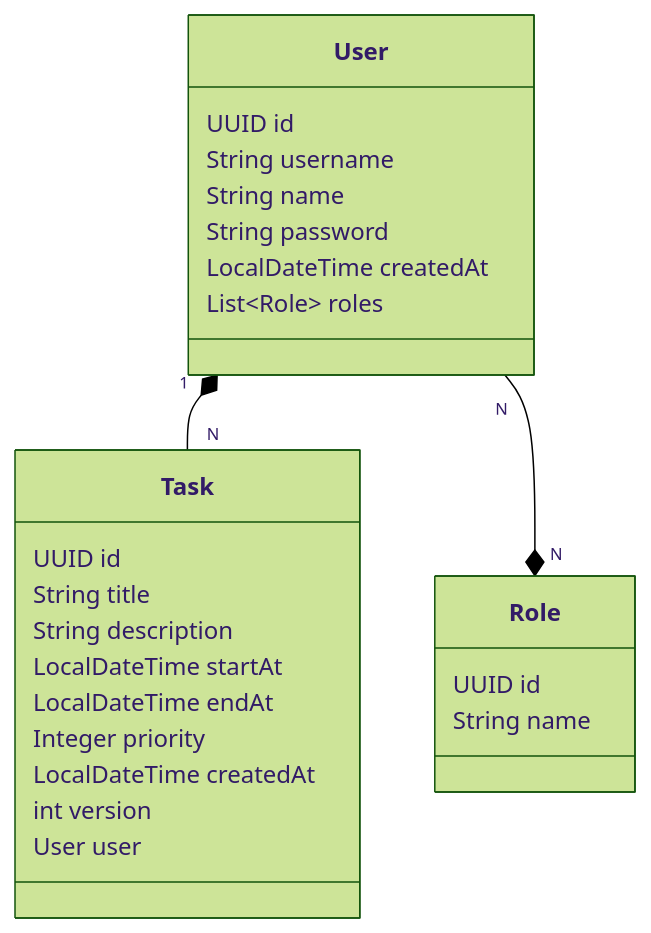
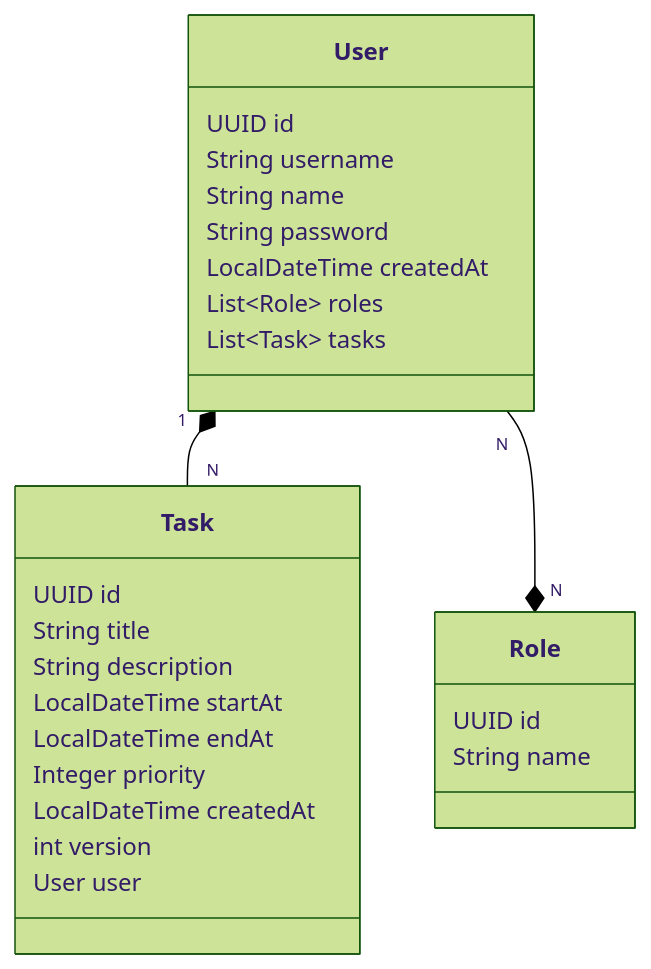
One commit to matheusjuan1/todolist-services changed the diagram in README.md. Above: the diagram before and after it, drawn with Mermaid (forest theme). The commit also changed other lines of this file, not shown here.

````diff
--- a/README.md
+++ b/README.md
@@ -24,31 +24,32 @@
 ```mermaid
 classDiagram
     class User {
         UUID id
         String username
         String name
         String password
         LocalDateTime createdAt
         List~Role~ roles
+        List~Task~ tasks
     }
 
     class Task {
         UUID id
         String title
         String description
         LocalDateTime startAt
         LocalDateTime endAt
         Integer priority
         LocalDateTime createdAt
         int version
         User user  
     }
 
     class Role {
         UUID id
         String name
     }
 
     User "1" *-- "N" Task
     User "N" --* "N" Role
 ```
````
